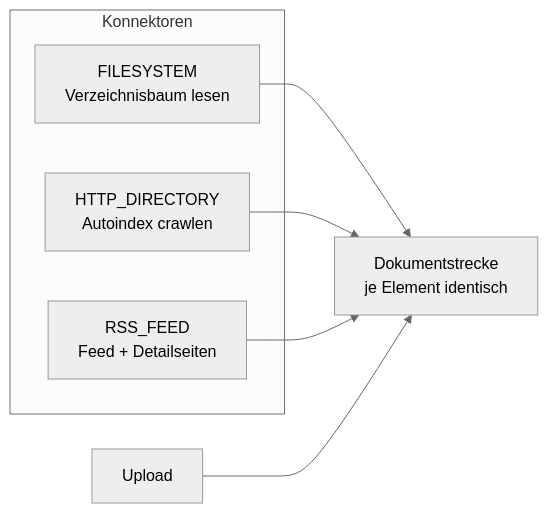
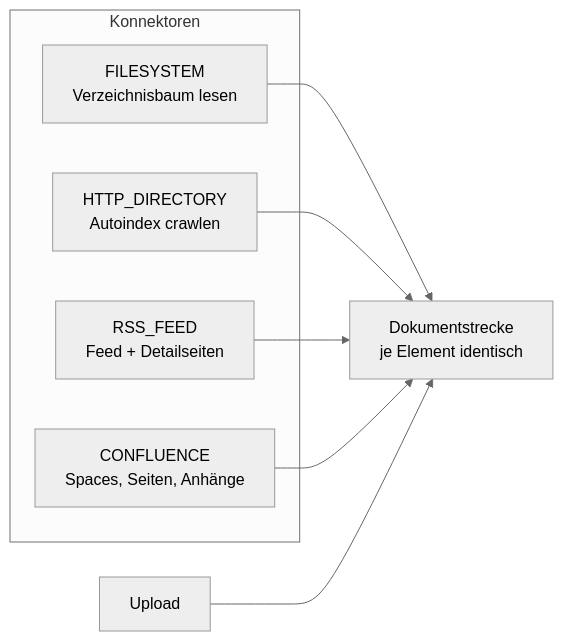
The fourth of 7 diagrams in docs/handbuch/indexierung.md (criew/opaa), drawn with Mermaid (neutral theme) before and after one commit. The commit also changed other lines of this file and 8 other files, not shown here.

````diff
--- a/docs/handbuch/indexierung.md
+++ b/docs/handbuch/indexierung.md
@@ -189,13 +211,15 @@
 ```mermaid
 flowchart LR
     subgraph Konnektoren
         F[FILESYSTEM<br/>Verzeichnisbaum lesen]
         H[HTTP_DIRECTORY<br/>Autoindex crawlen]
         R[RSS_FEED<br/>Feed + Detailseiten]
+        C[CONFLUENCE<br/>Spaces, Seiten, Anhänge]
     end
     F --> DS
     H --> DS
     R --> DS
+    C --> DS
     U[Upload] --> DS
     DS[Dokumentstrecke<br/>je Element identisch]
 ```
````
